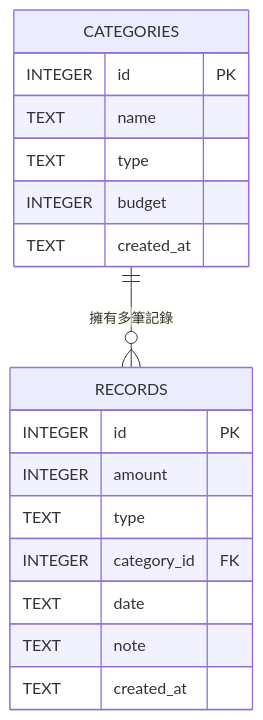
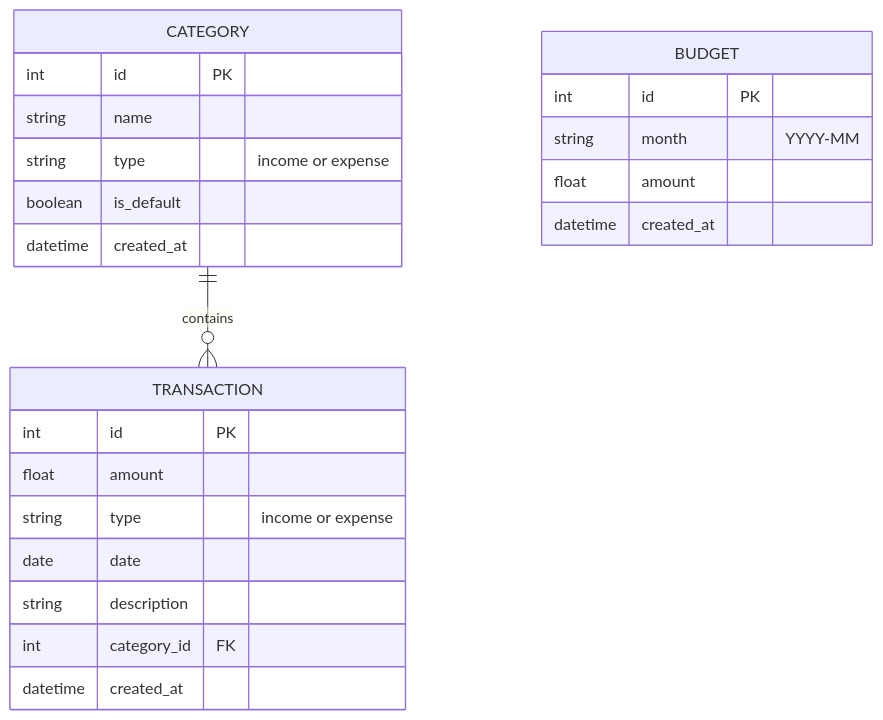
The diagram in docs/DB_DESIGN.md (D1445480/web_app_development), drawn with Mermaid before and after one commit. The commit also changed other lines of this file and 4 other files, not shown here.

Commit message:
feat: add database schema and models

````diff
--- a/docs/DB_DESIGN.md
+++ b/docs/DB_DESIGN.md
@@ -5,22 +7,29 @@
 ```mermaid
 erDiagram
-    CATEGORIES {
-        INTEGER id PK
-        TEXT name
-        TEXT type
-        INTEGER budget
-        TEXT created_at
+    CATEGORY ||--o{ TRANSACTION : "contains"
+    
+    CATEGORY {
+        int id PK
+        string name
+        string type "income or expense"
+        boolean is_default
+        datetime created_at
     }
 
-    RECORDS {
-        INTEGER id PK
-        INTEGER amount
-        TEXT type
-        INTEGER category_id FK
-        TEXT date
-        TEXT note
-        TEXT created_at
+    TRANSACTION {
+        int id PK
+        float amount
+        string type "income or expense"
+        date date
+        string description
+        int category_id FK
+        datetime created_at
     }
-
-    CATEGORIES ||--o{ RECORDS : "擁有多筆記錄"
+    
+    BUDGET {
+        int id PK
+        string month "YYYY-MM"
+        float amount
+        datetime created_at
+    }
 ```
````
